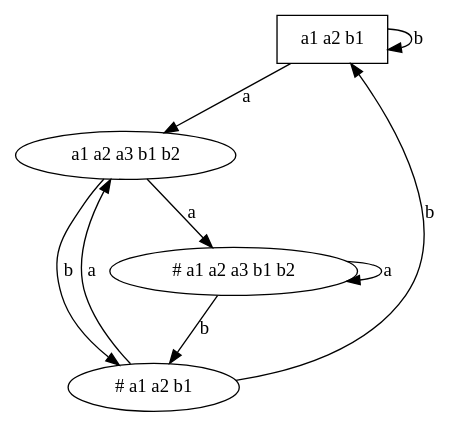
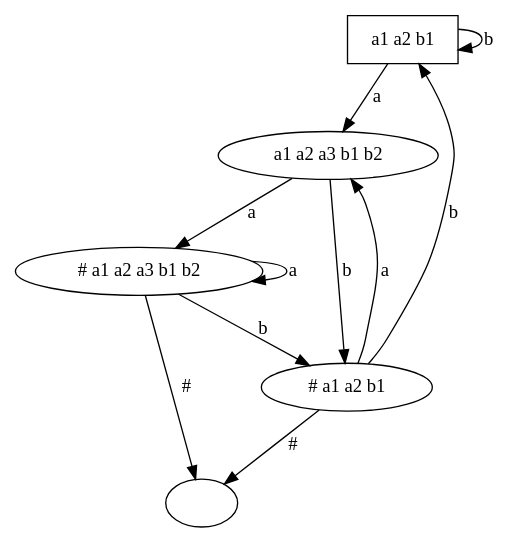
The diagram in HW3/110590034_hw3/autom.dot (kyynk/compiler), drawn with Graphviz before and after one commit. The commit also changed 2 other files, not shown here.

```diff
--- a/HW3/110590034_hw3/autom.dot
+++ b/HW3/110590034_hw3/autom.dot
@@ -1,11 +1,14 @@
-digraph DFA {
- "a1 a2 b1 " [ shape = "rect" ];
-"# a1 a2 a3 b1 b2 " -> "# a1 a2 a3 b1 b2 " [label="a"];
-"# a1 a2 a3 b1 b2 " -> "# a1 a2 b1 " [label="b"];
-"# a1 a2 b1 " -> "a1 a2 a3 b1 b2 " [label="a"];
-"# a1 a2 b1 " -> "a1 a2 b1 " [label="b"];
-"a1 a2 a3 b1 b2 " -> "# a1 a2 a3 b1 b2 " [label="a"];
-"a1 a2 a3 b1 b2 " -> "# a1 a2 b1 " [label="b"];
-"a1 a2 b1 " -> "a1 a2 a3 b1 b2 " [label="a"];
-"a1 a2 b1 " -> "a1 a2 b1 " [label="b"];
+digraph A {
+ "a1 a2 b1 " [ shape = "rect"];
+ "# a1 a2 a3 b1 b2 " -> "" [label="#"];
+ "# a1 a2 a3 b1 b2 " -> "# a1 a2 a3 b1 b2 " [label="a"];
+ "# a1 a2 a3 b1 b2 " -> "# a1 a2 b1 " [label="b"];
+ "# a1 a2 b1 " -> "" [label="#"];
+ "# a1 a2 b1 " -> "a1 a2 a3 b1 b2 " [label="a"];
+ "# a1 a2 b1 " -> "a1 a2 b1 " [label="b"];
+ "a1 a2 a3 b1 b2 " -> "# a1 a2 a3 b1 b2 " [label="a"];
+ "a1 a2 a3 b1 b2 " -> "# a1 a2 b1 " [label="b"];
+ "a1 a2 b1 " -> "a1 a2 a3 b1 b2 " [label="a"];
+ "a1 a2 b1 " -> "a1 a2 b1 " [label="b"];
+ 
 }
```
